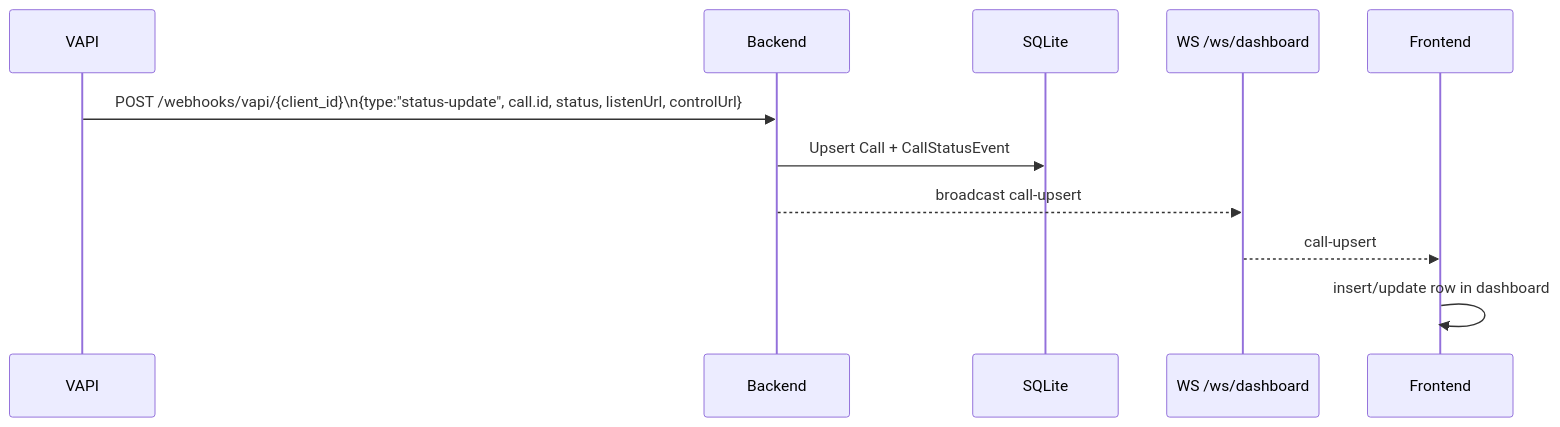
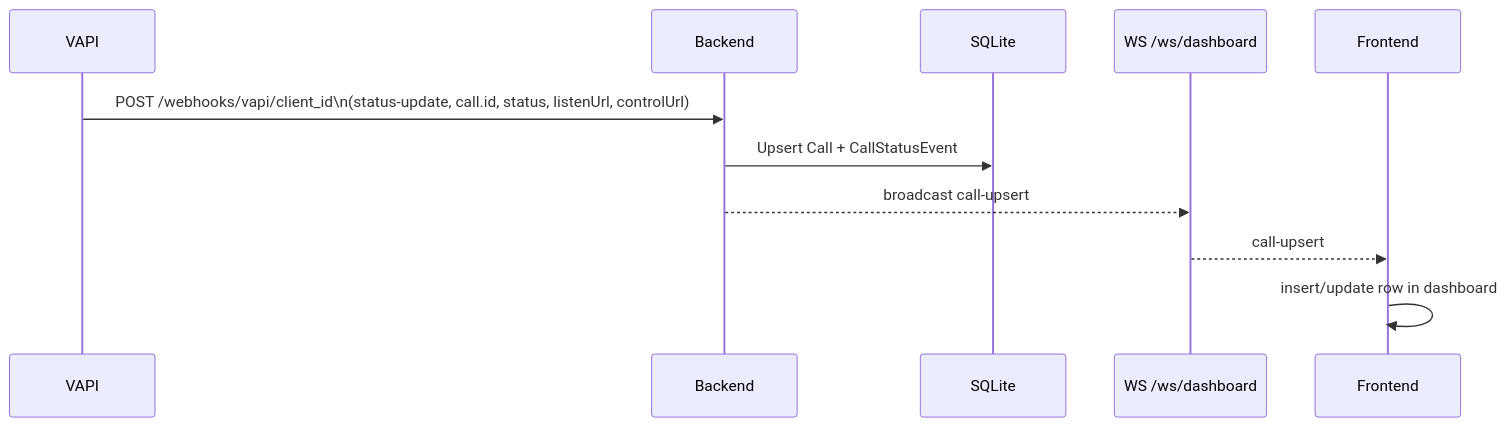
One commit to ronaks2309/fe-inbound-panel changed the second of 5 diagrams in architecture-diagrams.md. Above: the diagram before and after it, drawn with Mermaid. The commit also changed other lines of this file and 1 other file, not shown here.

Commit message:
mermaid fixes

````diff
--- a/architecture-diagrams.md
+++ b/architecture-diagrams.md
@@ -38,14 +38,14 @@
 ```mermaid
 sequenceDiagram
   participant V as VAPI
   participant B as Backend
   participant DB as SQLite
   participant W as WS /ws/dashboard
   participant F as Frontend
 
-  V->>B: POST /webhooks/vapi/{client_id}\n{type:"status-update", call.id, status, listenUrl, controlUrl}
+  V->>B: POST /webhooks/vapi/client_id\n(status-update, call.id, status, listenUrl, controlUrl)
   B->>DB: Upsert Call + CallStatusEvent
   B-->>W: broadcast call-upsert
   W-->>F: call-upsert
   F->>F: insert/update row in dashboard
 ```
````
